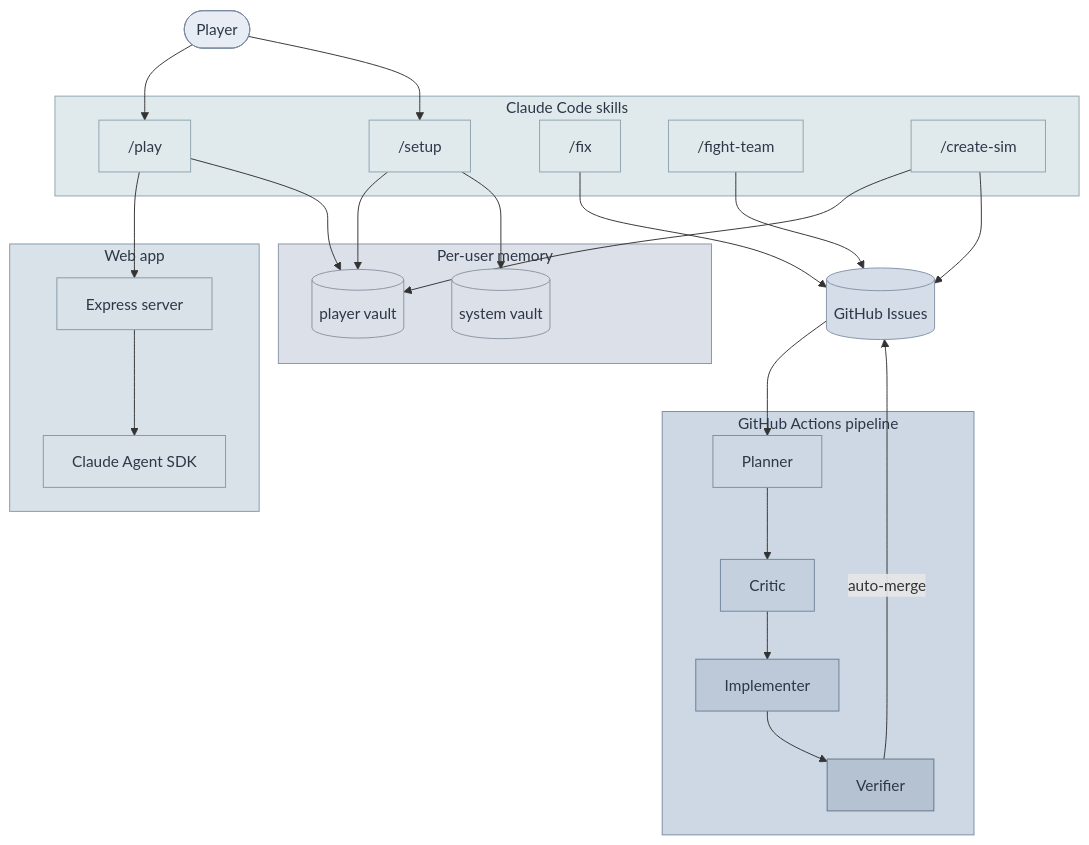
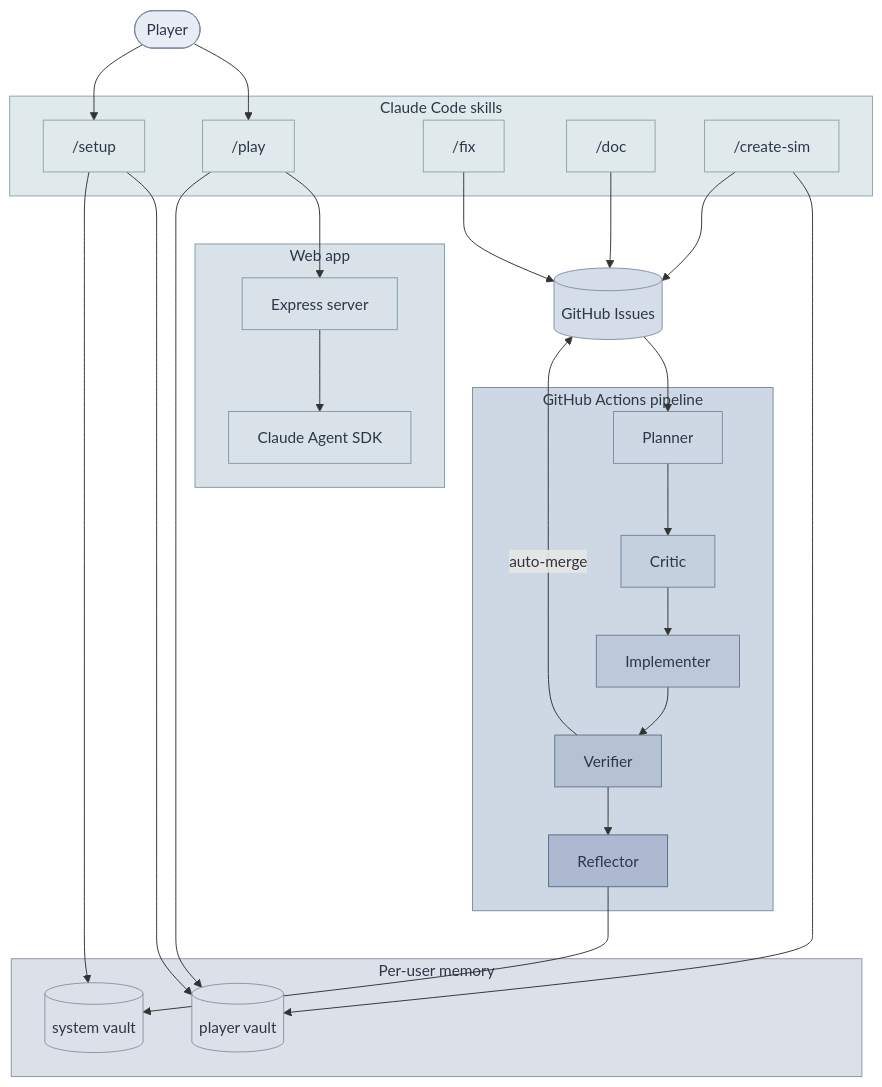
Before and after one commit to drashtishah/aws-simulator: the second of 2 diagrams in README.md, drawn with Mermaid. The commit also changed other lines of this file, not shown here.

Commit message:
docs(readme): refresh pipeline paragraph and preview doc rename
Pipeline paragraph now leads with label transitions (needs-plan to
needs-critique to needs-impl to needs-verify to needs-reflection) and
only names Opus where used, leaving Sonnet implicit. Matches the
current state in references/architecture/gha-pipeline.md, including
the Reflector stage that was missing. Mermaid diagram previews the
fight-team to doc rename from #195 and adds a Reflector node with its
edges into the system vault.

Ref #195

````diff
--- a/README.md
+++ b/README.md
@@ -44,67 +44,71 @@
 ```mermaid
 flowchart TB
   Player([Player])
   Issues[(GitHub Issues)]
 
   subgraph Skills[Claude Code skills]
     Setup["/setup"]
     Play["/play"]
     Fix["/fix"]
-    FightTeam["/fight-team"]
+    Doc["/doc"]
     CreateSim["/create-sim"]
   end
 
   subgraph Memory[Per-user memory]
     PlayerVault[(player vault)]
     SystemVault[(system vault)]
   end
 
   subgraph Web[Web app]
     Express[Express server]
     Claude[Claude Agent SDK]
   end
 
   subgraph Pipeline[GitHub Actions pipeline]
     Planner[Planner]
     Critic[Critic]
     Implementer[Implementer]
     Verifier[Verifier]
+    Reflector[Reflector]
   end
 
   Player --> Play
   Player --> Setup
   Play --> Express
   Express --> Claude
   Play --> PlayerVault
   Setup --> PlayerVault
   Setup --> SystemVault
   CreateSim --> PlayerVault
   Fix --> Issues
-  FightTeam --> Issues
+  Doc --> Issues
   CreateSim --> Issues
   Issues --> Planner
   Planner --> Critic
   Critic --> Implementer
   Implementer --> Verifier
   Verifier -->|auto-merge| Issues
+  Verifier --> Reflector
+  Reflector --> SystemVault
 
   style Player fill:#e8edf5,stroke:#7b8ba3,color:#2d3748
   style Issues fill:#d4dde8,stroke:#8494a7,color:#2d3748
   style Skills fill:#e0eaed,stroke:#8fa4af,color:#2d3748
   style Memory fill:#dce0e8,stroke:#8b95a5,color:#2d3748
   style Web fill:#d8e2e8,stroke:#849aaa,color:#2d3748
   style Pipeline fill:#cdd8e4,stroke:#7b8da0,color:#2d3748
   style Setup fill:#e0eaed,stroke:#8fa4af,color:#2d3748
   style Play fill:#e0eaed,stroke:#8fa4af,color:#2d3748
   style Fix fill:#e0eaed,stroke:#8fa4af,color:#2d3748
-  style FightTeam fill:#e0eaed,stroke:#8fa4af,color:#2d3748
+  style Doc fill:#e0eaed,stroke:#8fa4af,color:#2d3748
   style CreateSim fill:#e0eaed,stroke:#8fa4af,color:#2d3748
   style PlayerVault fill:#dce0e8,stroke:#8b95a5,color:#2d3748
   style SystemVault fill:#dce0e8,stroke:#8b95a5,color:#2d3748
   style Express fill:#d8e2e8,stroke:#849aaa,color:#2d3748
   style Claude fill:#d8e2e8,stroke:#849aaa,color:#2d3748
   style Planner fill:#cdd8e4,stroke:#7b8da0,color:#2d3748
   style Critic fill:#c5d0de,stroke:#7385a0,color:#2d3748
   style Implementer fill:#bdc9d8,stroke:#6b7d94,color:#2d3748
   style Verifier fill:#b5c2d2,stroke:#63758a,color:#2d3748
+  style Reflector fill:#adb9d0,stroke:#5b6d80,color:#2d3748
 ```
````
